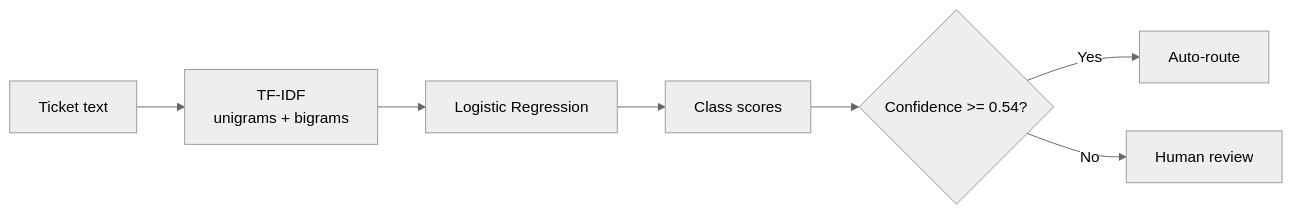
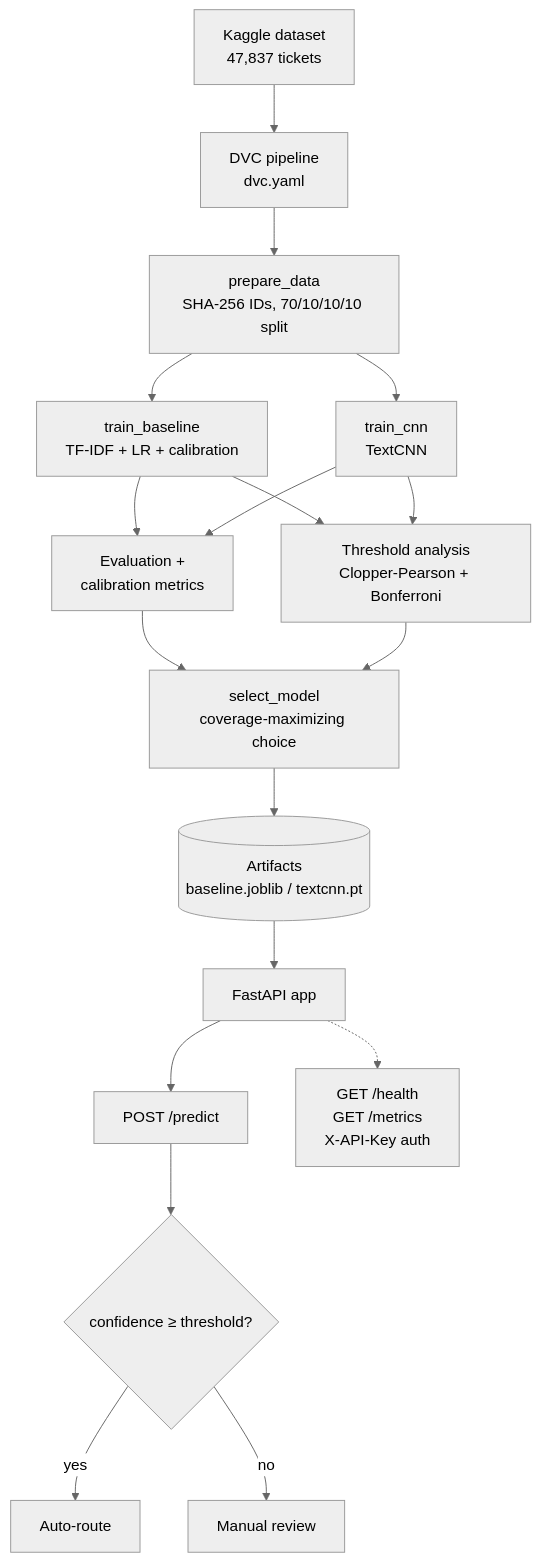
The diagram in README.md (phongisnoob/it-service-ticket-classification), drawn with Mermaid (neutral theme) before and after one commit. The commit also changed other lines of this file and 1 other file, not shown here.

Commit message:
docs: rewrite README to match current architecture; add MIT license

````diff
--- a/README.md
+++ b/README.md
@@ -86,9 +106,20 @@
 ```mermaid
-flowchart LR
-    A[Ticket text] --> B[TF-IDF<br/>unigrams + bigrams]
-    B --> C[Logistic Regression]
-    C --> D[Class scores]
-    D --> E{Confidence >= 0.54?}
-    E -->|Yes| F[Auto-route]
-    E -->|No| G[Human review]
+flowchart TD
+    A[Kaggle dataset<br/>47,837 tickets] --> B[DVC pipeline<br/>dvc.yaml]
+    B --> C[prepare_data<br/>SHA-256 IDs, 70/10/10/10 split]
+    C --> D[train_baseline<br/>TF-IDF + LR + calibration]
+    C --> E[train_cnn<br/>TextCNN]
+    D --> F[Evaluation +<br/>calibration metrics]
+    E --> F
+    D --> G[Threshold analysis<br/>Clopper-Pearson + Bonferroni]
+    E --> G
+    F --> H[select_model<br/>coverage-maximizing choice]
+    G --> H
+    H --> I[(Artifacts<br/>baseline.joblib / textcnn.pt)]
+    I --> J[FastAPI app]
+    J --> K[POST /predict]
+    K --> L{"confidence ≥ threshold?"}
+    L -->|yes| M[Auto-route]
+    L -->|no| N[Manual review]
+    J -.-> O[GET /health<br/>GET /metrics<br/>X-API-Key auth]
 ```
````
